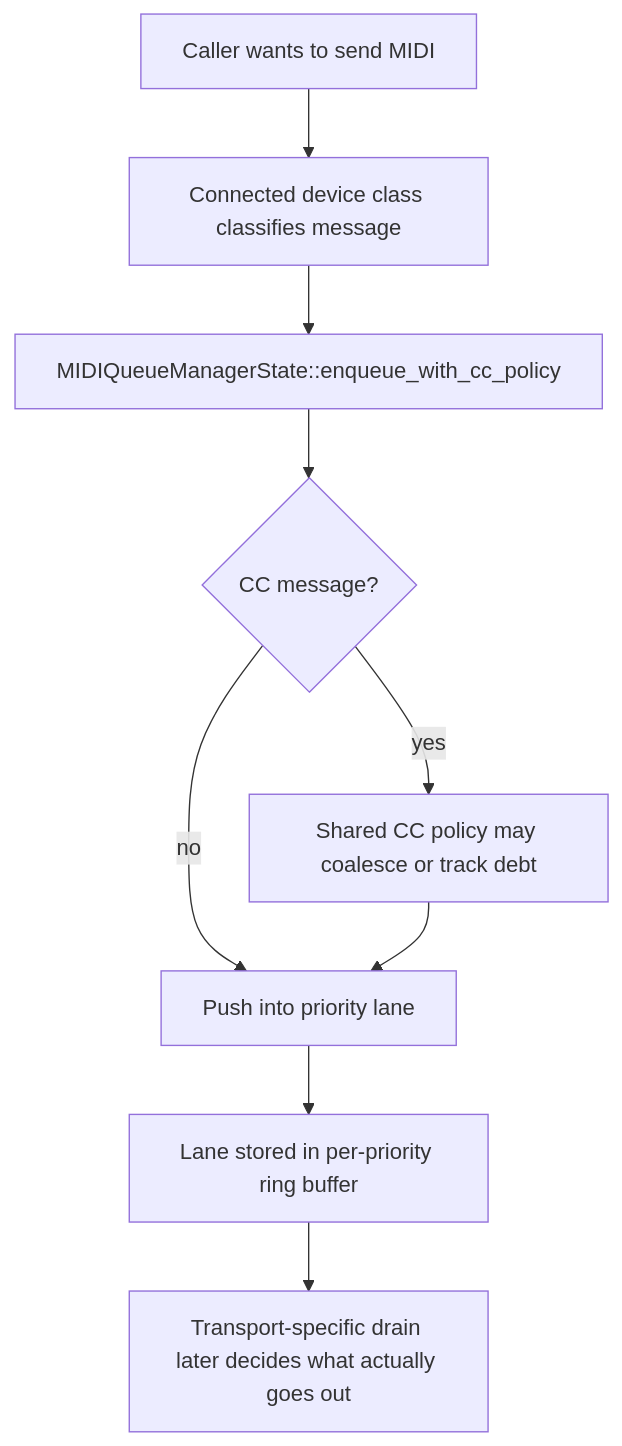
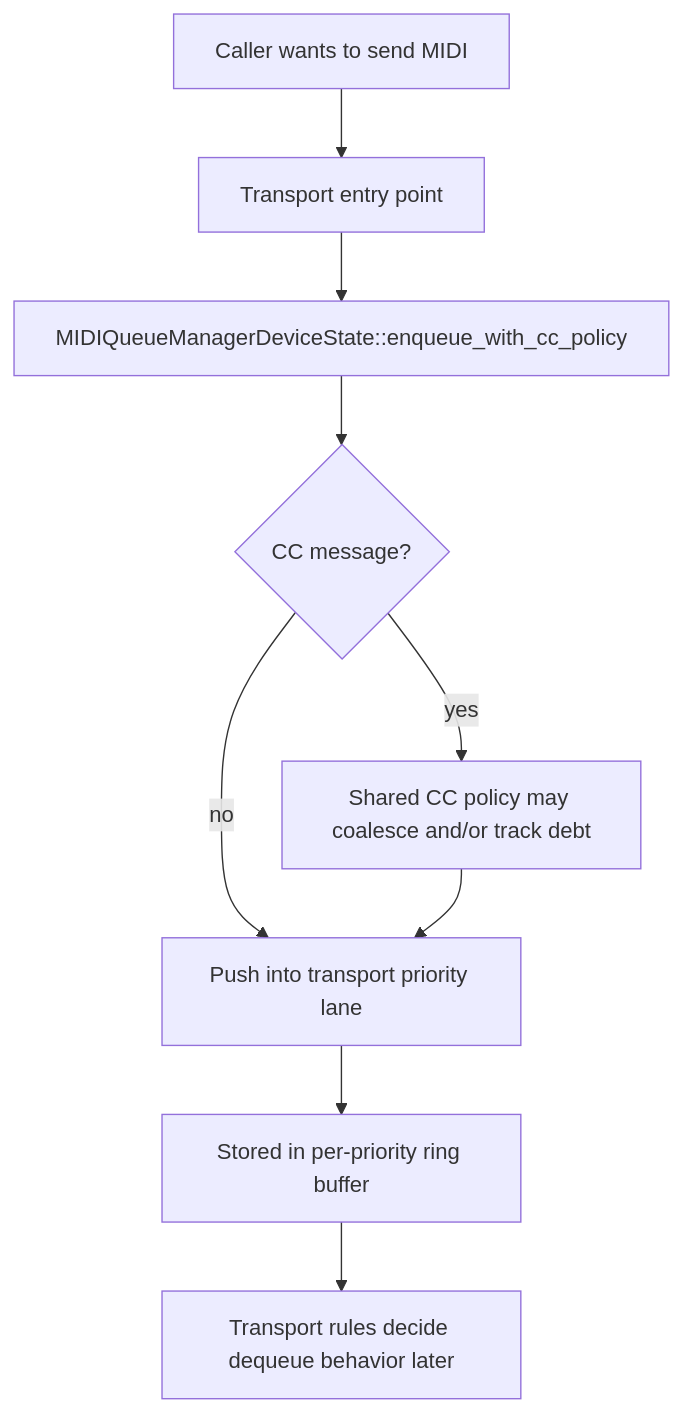
Before and after one commit to seangoodvibes/DelugeFirmware: the first of 5 diagrams in docs/dev/midi_queue_flow.md, drawn with Mermaid. The commit also changed other lines of this file and 2 other files, not shown here.

````diff
--- a/docs/dev/midi_queue_flow.md
+++ b/docs/dev/midi_queue_flow.md
@@ -13,11 +14,11 @@
 ```mermaid
 flowchart TD
-    A[Caller wants to send MIDI] --> B[Connected device class classifies message]
-    B --> C[MIDIQueueManagerState::enqueue_with_cc_policy]
+    A[Caller wants to send MIDI] --> B[Transport entry point]
+    B --> C[MIDIQueueManagerDeviceState::enqueue_with_cc_policy]
     C --> D{CC message?}
-    D -- yes --> E[Shared CC policy may coalesce or track debt]
-    D -- no --> F[Push into priority lane]
+    D -- yes --> E[Shared CC policy may coalesce and/or track debt]
+    D -- no --> F[Push into transport priority lane]
     E --> F
-    F --> G[Lane stored in per-priority ring buffer]
-    G --> H[Transport-specific drain later decides what actually goes out]
+    F --> G[Stored in per-priority ring buffer]
+    G --> H[Transport rules decide dequeue behavior later]
 ```
````
